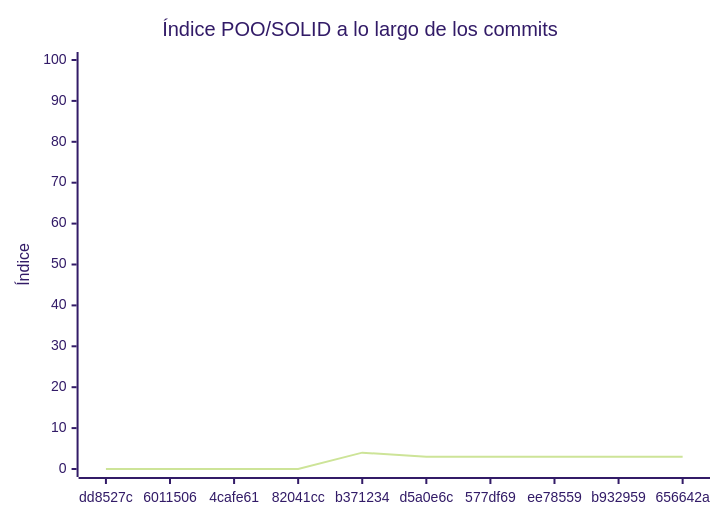
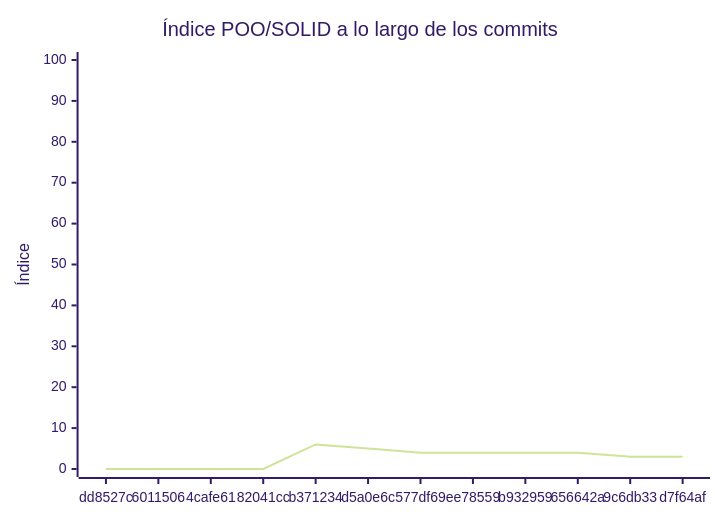
Before and after one commit to organizacion-sonica/proyecto-fisica: the diagram in docs/EVALUACION.md, drawn with Mermaid (forest theme). The commit also changed other lines of this file and 1 other file, not shown here.

````diff
--- a/docs/EVALUACION.md
+++ b/docs/EVALUACION.md
@@ -295,7 +246,7 @@
 ```mermaid
 xychart-beta
     title "Índice POO/SOLID a lo largo de los commits"
-    x-axis ["dd8527c", "6011506", "4cafe61", "82041cc", "b371234", "d5a0e6c", "577df69", "ee78559", "b932959", "656642a"]
+    x-axis ["dd8527c", "6011506", "4cafe61", "82041cc", "b371234", "d5a0e6c", "577df69", "ee78559", "b932959", "656642a", "9c6db33", "d7f64af"]
     y-axis "Índice" 0 --> 100
-    line [0, 0, 0, 0, 4, 3, 3, 3, 3, 3]
+    line [0, 0, 0, 0, 6, 5, 4, 4, 4, 4, 3, 3]
 ```
````
